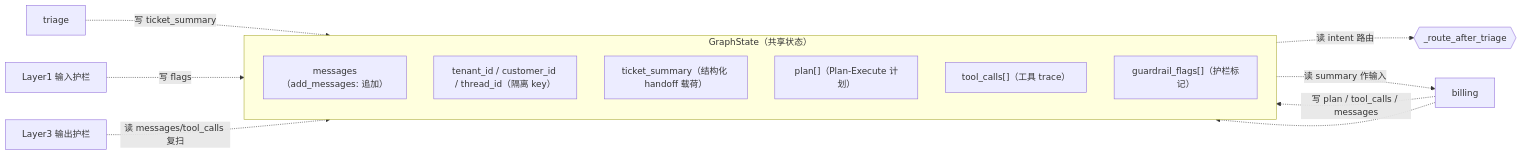
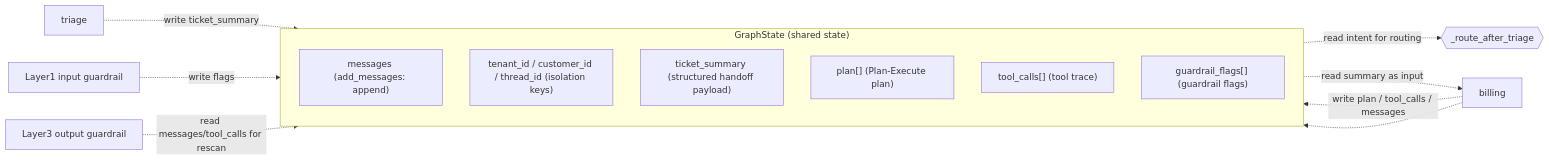
Before and after one commit to AndyUneducated/resolve-ai: the sixth of 6 diagrams in README.md, drawn with Mermaid. The commit also changed other lines of this file and 79 other files, not shown here.

````diff
--- a/README.md
+++ b/README.md
@@ -167,19 +167,19 @@
 ```mermaid
 flowchart LR
-  subgraph STATE["GraphState（共享状态）"]
+  subgraph STATE["GraphState (shared state)"]
     direction TB
-    f1["messages（add_messages: 追加）"]
-    f2["tenant_id / customer_id / thread_id（隔离 key）"]
-    f3["ticket_summary（结构化 handoff 载荷）"]
-    f4["plan[]（Plan-Execute 计划）"]
-    f5["tool_calls[]（工具 trace）"]
-    f6["guardrail_flags[]（护栏标记）"]
+    f1["messages (add_messages: append)"]
+    f2["tenant_id / customer_id / thread_id (isolation keys)"]
+    f3["ticket_summary (structured handoff payload)"]
+    f4["plan[] (Plan-Execute plan)"]
+    f5["tool_calls[] (tool trace)"]
+    f6["guardrail_flags[] (guardrail flags)"]
   end
-  triage -.->|"写 ticket_summary"| f3
-  f3 -.->|"读 intent 路由"| route{{"_route_after_triage"}}
-  f3 -.->|"读 summary 作输入"| billing
-  billing -.->|"写 plan / tool_calls / messages"| f4
+  triage -.->|"write ticket_summary"| f3
+  f3 -.->|"read intent for routing"| route{{"_route_after_triage"}}
+  f3 -.->|"read summary as input"| billing
+  billing -.->|"write plan / tool_calls / messages"| f4
   billing -.-> f5
-  inputguard["Layer1 输入护栏"] -.->|"写 flags"| f6
-  outputguard["Layer3 输出护栏"] -.->|"读 messages/tool_calls 复扫"| f5
+  inputguard["Layer1 input guardrail"] -.->|"write flags"| f6
+  outputguard["Layer3 output guardrail"] -.->|"read messages/tool_calls for rescan"| f5
 ```
````
